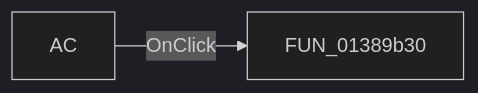
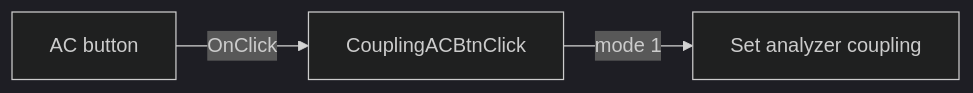
Before and after one commit to MovGP0/TIARA: the diagram in docs/ui-controls/signalanalyzerwin/couplingacbtn-eed652d41d.md, drawn with Mermaid (dark theme). The commit also changed other lines of this file and 1062 other files, not shown here.

````diff
--- a/docs/ui-controls/signalanalyzerwin/couplingacbtn-eed652d41d.md
+++ b/docs/ui-controls/signalanalyzerwin/couplingacbtn-eed652d41d.md
@@ -27,4 +29,5 @@
 ```mermaid
 flowchart LR
-    control["AC"] -->|OnClick| handler["FUN_01389b30"]
+    control["AC button"] -->|OnClick| handler["CouplingACBtnClick"]
+    handler -->|mode 1| backend["Set analyzer coupling"]
 ```
````
